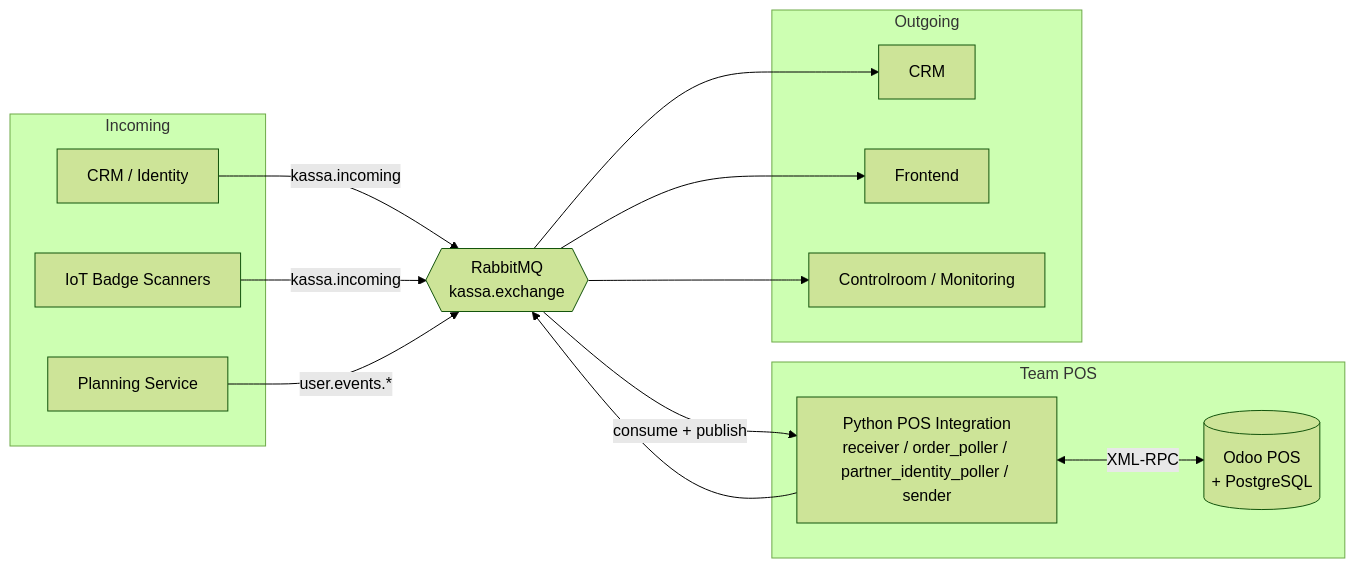
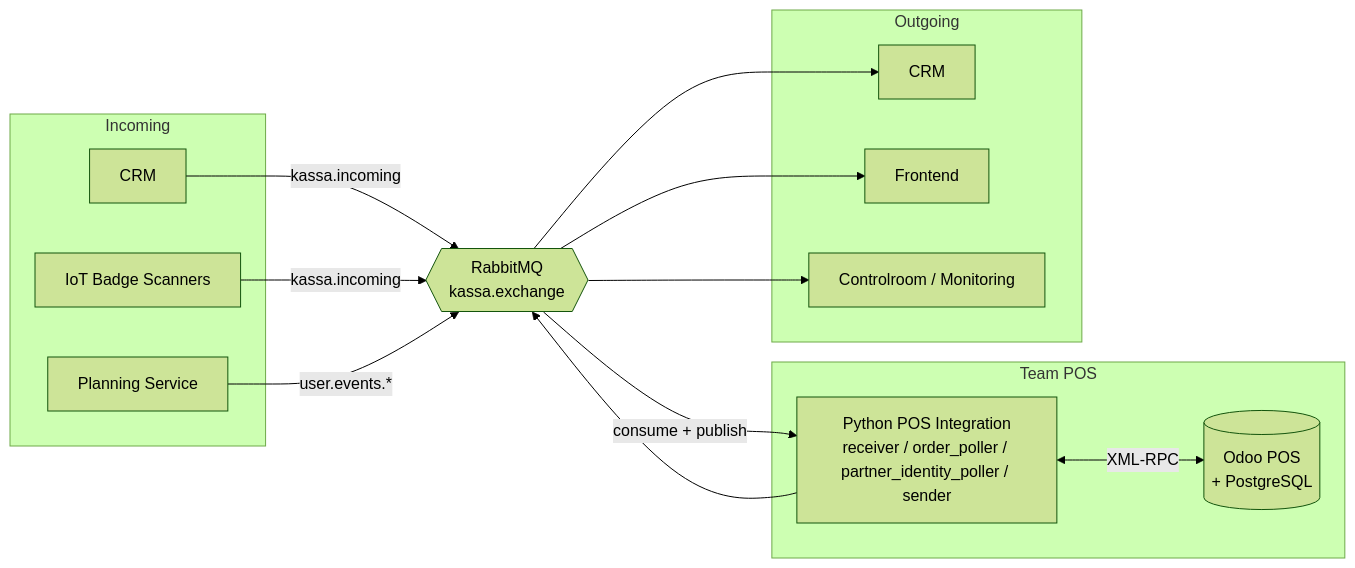
Before and after one commit to IntegrationProject-Groep1/Kassa: the diagram in README.md, drawn with Mermaid (forest theme). The commit also changed other lines of this file, not shown here.

Commit message:
docs: address README review feedback
Agent-Logs-Url: https://github.com/IntegrationProject-Groep1/Kassa/sessions/ba1fd327-8f4a-43a1-961e-7953c278771f

````diff
--- a/README.md
+++ b/README.md
@@ -46,31 +46,31 @@
 ```mermaid
 flowchart LR
     subgraph Incoming
-        CRM[CRM / Identity]
+        CRM[CRM]
         IoT[IoT Badge Scanners]
         PLANNING[Planning Service]
     end
 
     RMQ{{"RabbitMQ\nkassa.exchange"}}
 
     subgraph POS["Team POS"]
         PY[Python POS Integration\nreceiver / order_poller / partner_identity_poller / sender]
         ODOO[(Odoo POS\n+ PostgreSQL)]
     end
 
     subgraph Outgoing
         CRM2[CRM]
         FRONTEND[Frontend]
         CONTROL[Controlroom / Monitoring]
     end
 
     CRM -- "kassa.incoming" --> RMQ
     IoT -- "kassa.incoming" --> RMQ
     PLANNING -- "user.events.*" --> RMQ
     RMQ -- "consume + publish" --> PY
     PY <-->|XML-RPC| ODOO
     PY --> RMQ
     RMQ --> CRM2
     RMQ --> FRONTEND
     RMQ --> CONTROL
 ```
````
